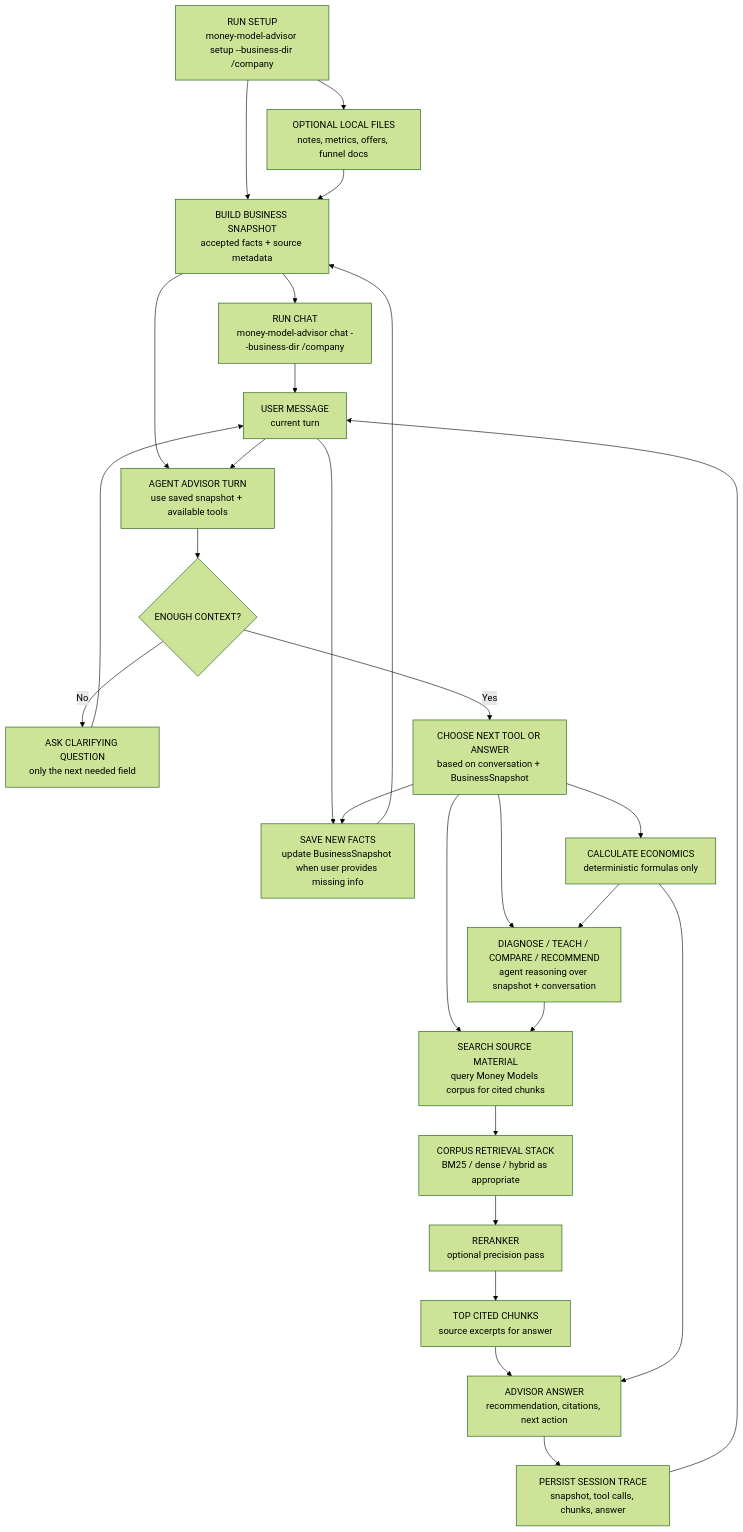
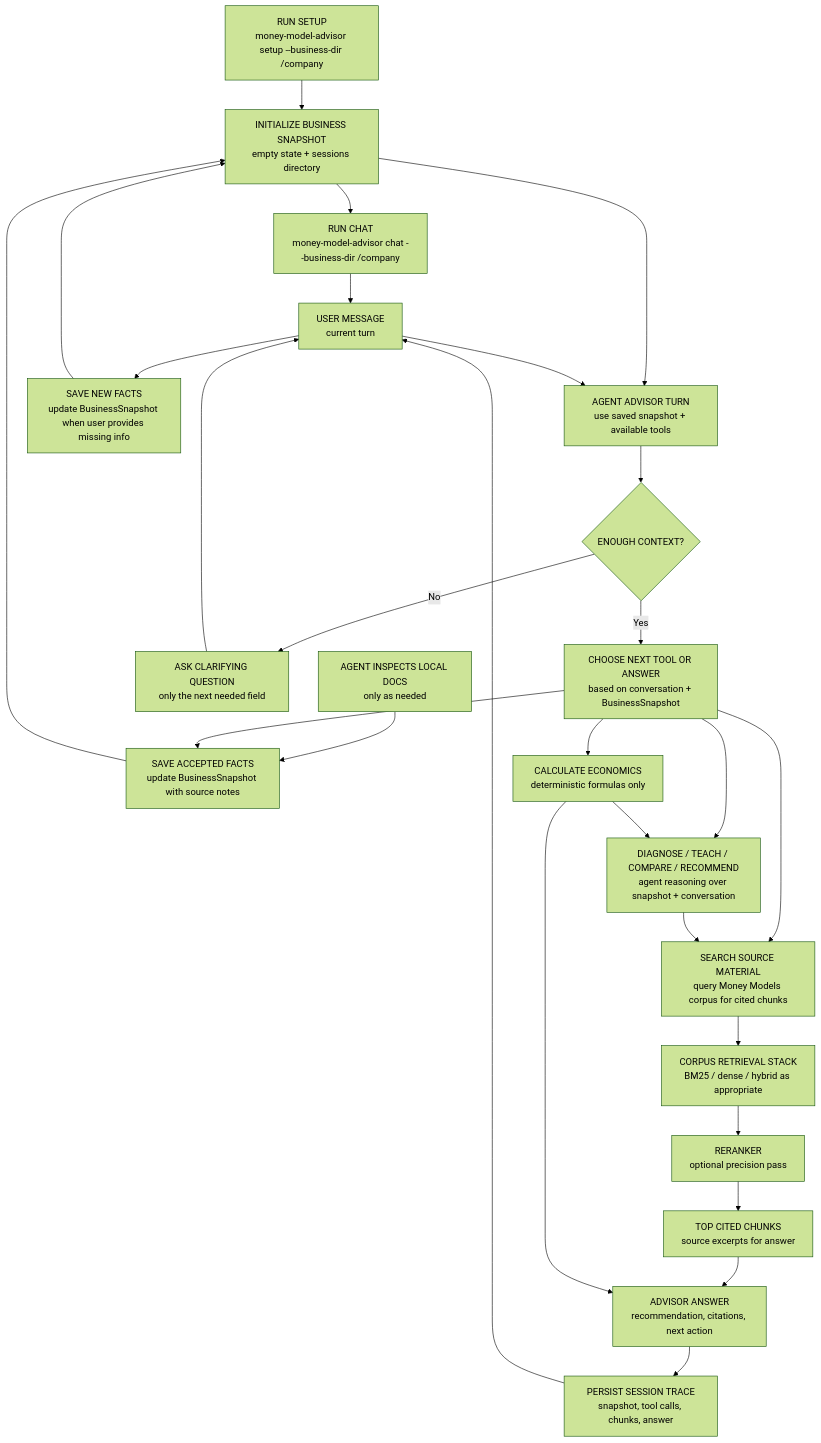
The diagram in IMPLEMENTATION_PLAN.md (nine4-team/money-models-advisor), drawn with Mermaid (forest theme) before and after one commit. The commit also changed other lines of this file and 10 other files, not shown here.

Commit message:
Align advisor docs and setup boundary

````diff
--- a/IMPLEMENTATION_PLAN.md
+++ b/IMPLEMENTATION_PLAN.md
@@ -38,35 +43,35 @@
 ```mermaid
 flowchart TD
-  A["RUN SETUP<br/>money-model-advisor setup --business-dir /company"] --> B["OPTIONAL LOCAL FILES<br/>notes, metrics, offers, funnel docs"]
-  A --> C["BUILD BUSINESS SNAPSHOT<br/>accepted facts + source metadata"]
-  B --> C
+  A["RUN SETUP<br/>money-model-advisor setup --business-dir /company"] --> C["INITIALIZE BUSINESS SNAPSHOT<br/>empty state + sessions directory"]
+  X["AGENT INSPECTS LOCAL DOCS<br/>only as needed"] --> S["SAVE ACCEPTED FACTS<br/>update BusinessSnapshot with source notes"]
 
   C --> D["RUN CHAT<br/>money-model-advisor chat --business-dir /company"]
   D --> E["USER MESSAGE<br/>current turn"]
   C --> F["AGENT ADVISOR TURN<br/>use saved snapshot + available tools"]
   E --> F
 
   F --> G{"ENOUGH CONTEXT?"}
   G -- "No" --> H["ASK CLARIFYING QUESTION<br/>only the next needed field"]
   H --> E
-  E --> S["SAVE NEW FACTS<br/>update BusinessSnapshot when user provides missing info"]
+  E --> U["SAVE NEW FACTS<br/>update BusinessSnapshot when user provides missing info"]
+  U --> C
   S --> C
 
   G -- "Yes" --> I["CHOOSE NEXT TOOL OR ANSWER<br/>based on conversation + BusinessSnapshot"]
   I --> J["CALCULATE ECONOMICS<br/>deterministic formulas only"]
   I --> K["DIAGNOSE / TEACH / COMPARE / RECOMMEND<br/>agent reasoning over snapshot + conversation"]
   I --> M["SEARCH SOURCE MATERIAL<br/>query Money Models corpus for cited chunks"]
   I --> S
 
   J --> K
   K --> M
 
   M --> N["CORPUS RETRIEVAL STACK<br/>BM25 / dense / hybrid as appropriate"]
   N --> O["RERANKER<br/>optional precision pass"]
   O --> P["TOP CITED CHUNKS<br/>source excerpts for answer"]
 
   P --> Q["ADVISOR ANSWER<br/>recommendation, citations, next action"]
   J --> Q
   Q --> R["PERSIST SESSION TRACE<br/>snapshot, tool calls, chunks, answer"]
   R --> E
 ```
````
